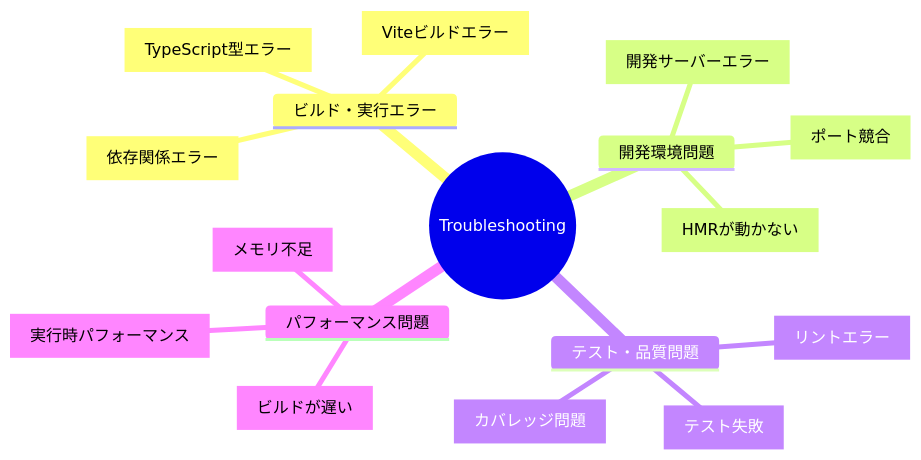
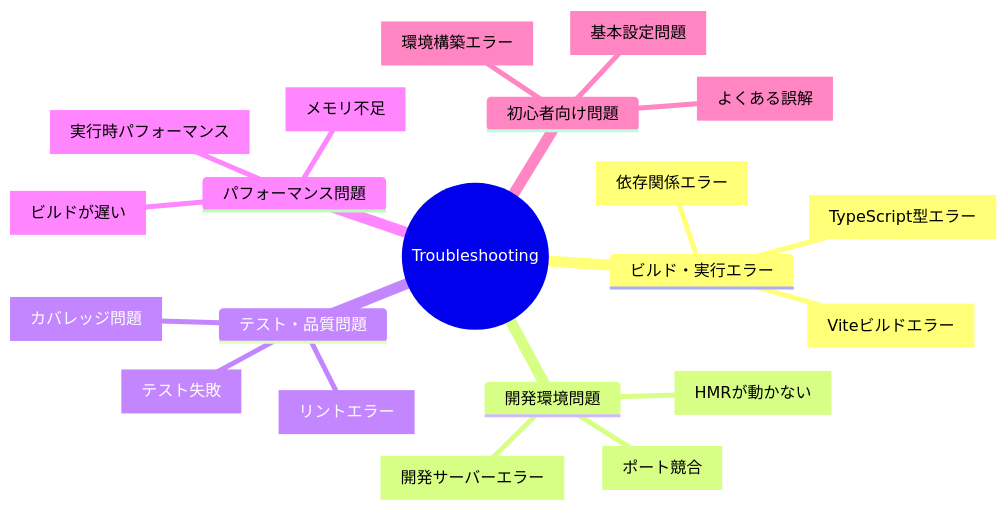
One commit to takeokunn/ts-minecraft changed the diagram in docs/how-to/troubleshooting/README.md. Above: the diagram before and after it, drawn with Mermaid. The commit also changed other lines of this file and 87 other files, not shown here.

````diff
--- a/docs/how-to/troubleshooting/README.md
+++ b/docs/how-to/troubleshooting/README.md
@@ -36,20 +36,24 @@
 ```mermaid
 mindmap
   root((Troubleshooting))
     ビルド・実行エラー
       [TypeScript型エラー]
       [Viteビルドエラー]
       [依存関係エラー]
     開発環境問題
       [開発サーバーエラー]
       [HMRが動かない]
       [ポート競合]
     テスト・品質問題
       [テスト失敗]
       [リントエラー]
       [カバレッジ問題]
     パフォーマンス問題
       [メモリ不足]
       [ビルドが遅い]
       [実行時パフォーマンス]
+    初心者向け問題
+      [環境構築エラー]
+      [基本設定問題]
+      [よくある誤解]
 ```
````
